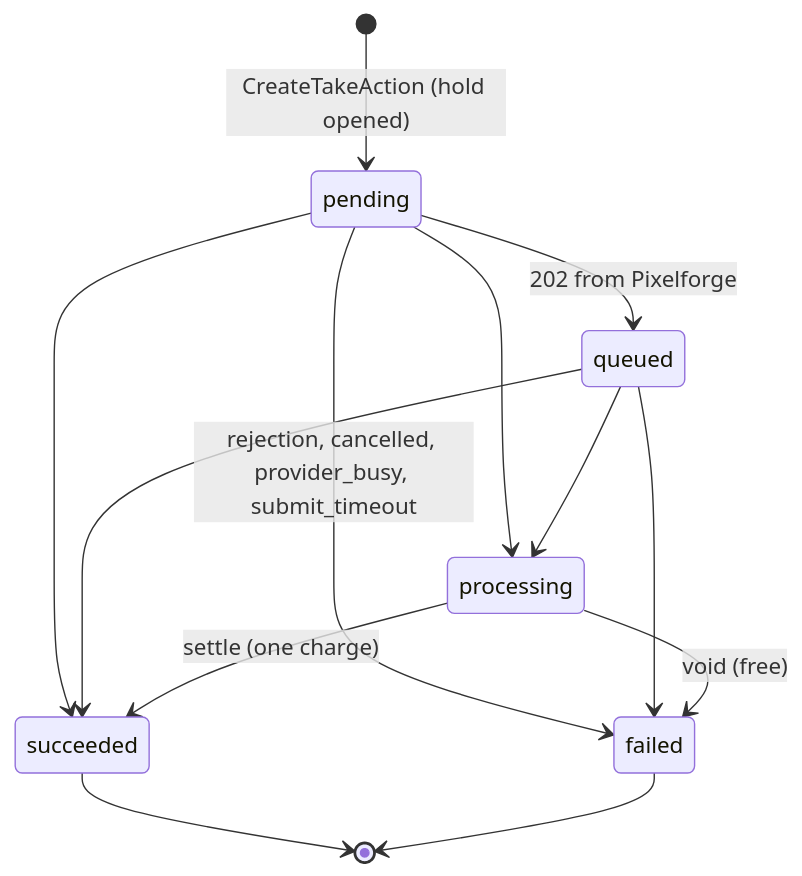
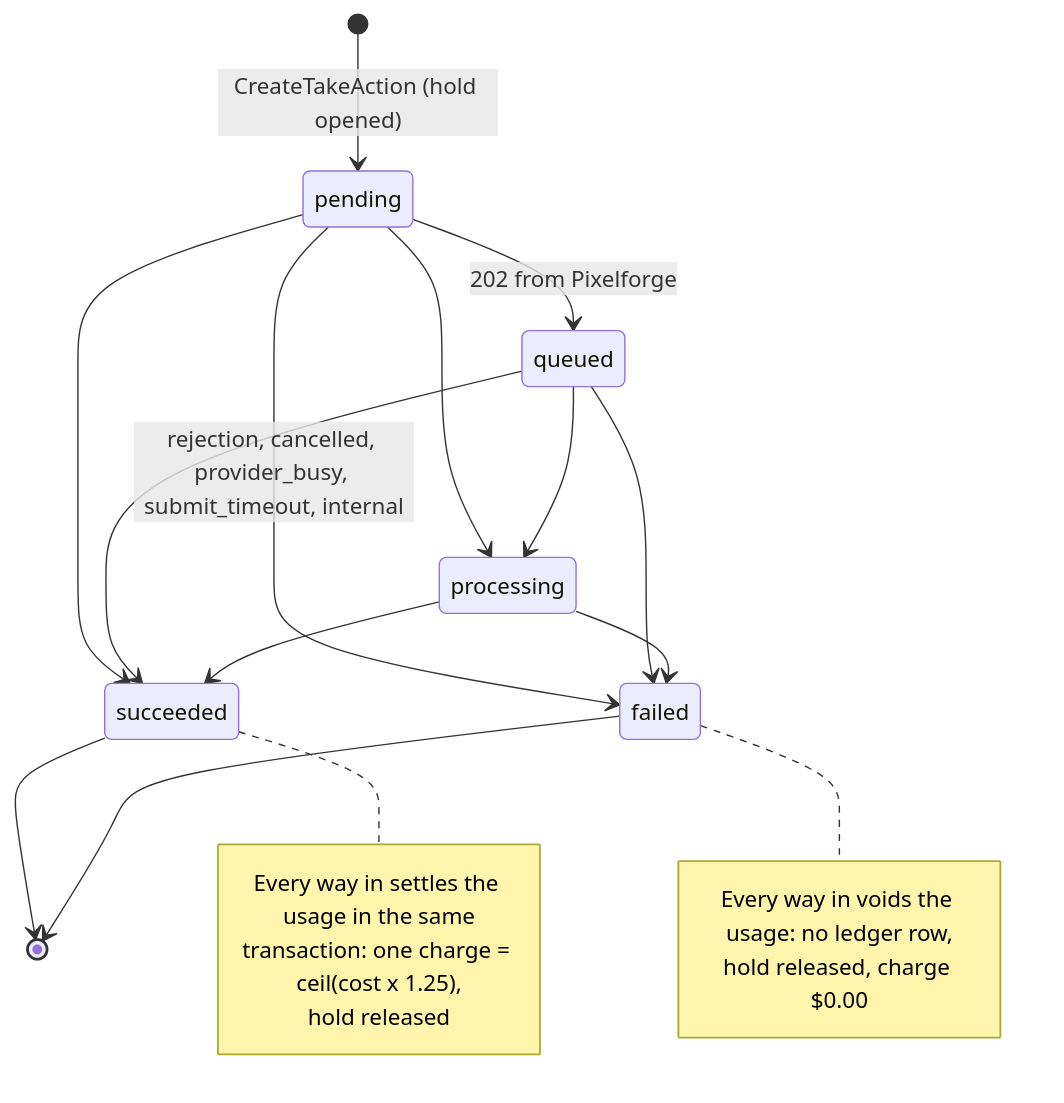
One commit to JVillator0/takes changed the diagram in README.md. Above: the diagram before and after it, drawn with Mermaid. The commit also changed other lines of this file and 4 other files, not shown here.

````diff
--- a/README.md
+++ b/README.md
@@ -149,15 +164,24 @@
 ```mermaid
 stateDiagram-v2
     [*] --> pending: CreateTakeAction (hold opened)
     pending --> queued: 202 from Pixelforge
     pending --> processing
     pending --> succeeded
-    pending --> failed: rejection, cancelled, provider_busy, submit_timeout
+    pending --> failed: rejection, cancelled, provider_busy, submit_timeout, internal
     queued --> processing
     queued --> succeeded
     queued --> failed
-    processing --> succeeded: settle (one charge)
-    processing --> failed: void (free)
+    processing --> succeeded
+    processing --> failed
     succeeded --> [*]
     failed --> [*]
+    note right of succeeded
+        Every way in settles the usage in the same
+        transaction: one charge = ceil(cost x 1.25),
+        hold released
+    end note
+    note right of failed
+        Every way in voids the usage: no ledger row,
+        hold released, charge $0.00
+    end note
 ```
````
